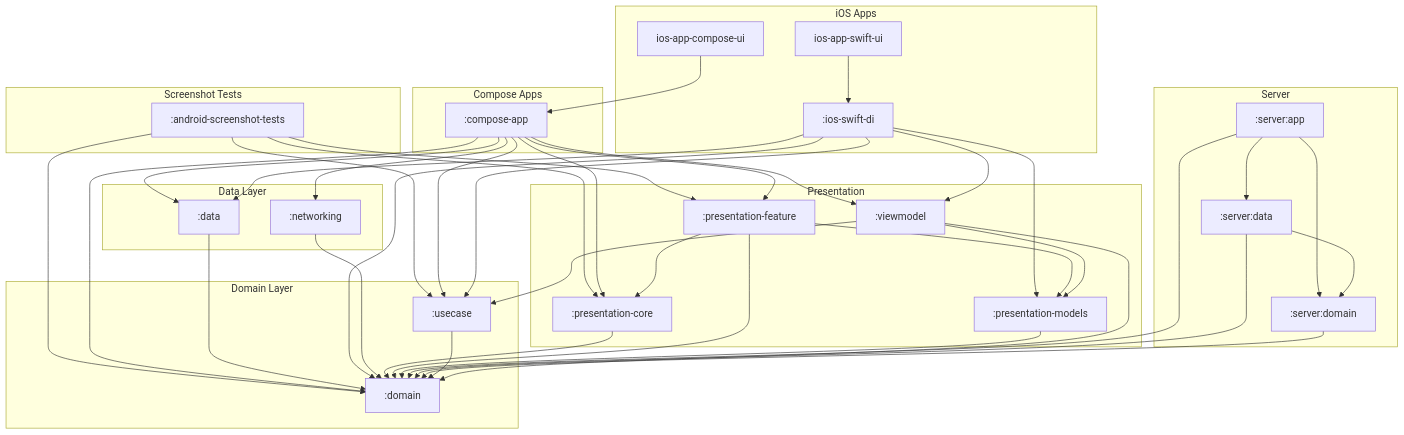
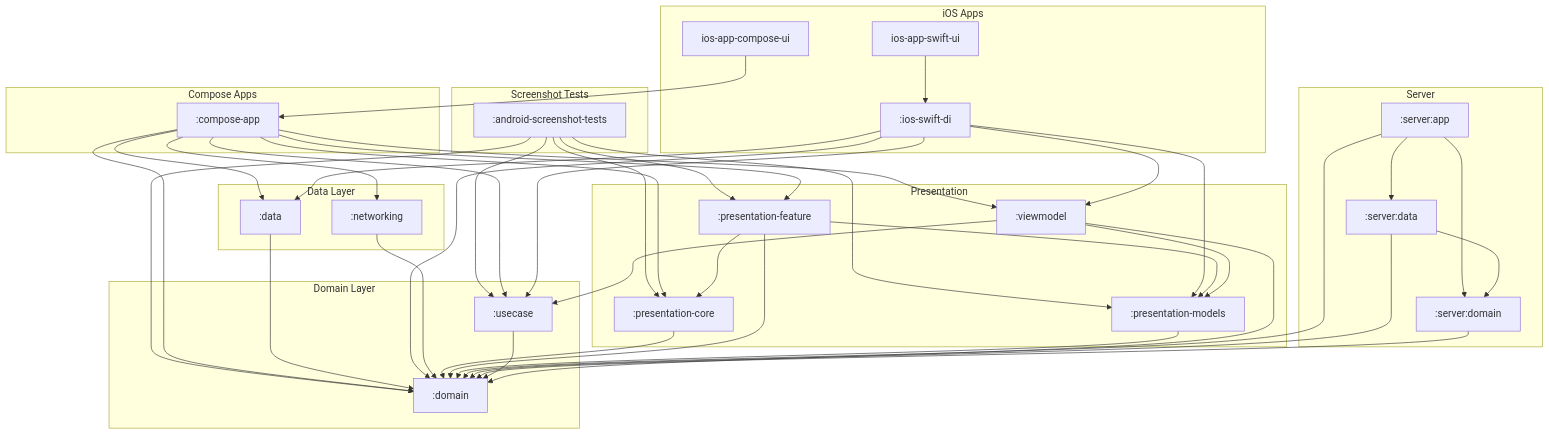
The diagram in docs/diagrams/full_system_structure.mmd (cartland/battery-butler), drawn with Mermaid before and after one commit. The commit also changed 5 other files, not shown here.

```diff
--- a/docs/diagrams/full_system_structure.mmd
+++ b/docs/diagrams/full_system_structure.mmd
@@ -1,88 +1,89 @@
 graph TD
     subgraph "iOS Apps"
         IosSwiftDi[":ios-swift-di"]
         IosAppComposeUi["ios-app-compose-ui"]
         IosAppSwiftUi["ios-app-swift-ui"]
     end
 
     subgraph "Compose Apps"
         ComposeApp[":compose-app"]
     end
 
     subgraph "Server"
         ServerApp[":server:app"]
         ServerData[":server:data"]
         ServerDomain[":server:domain"]
     end
 
     subgraph "Presentation"
         PresentationCore[":presentation-core"]
         PresentationFeature[":presentation-feature"]
         PresentationModels[":presentation-models"]
         Viewmodel[":viewmodel"]
     end
 
     subgraph "Domain Layer"
         Domain[":domain"]
         Usecase[":usecase"]
     end
 
     subgraph "Data Layer"
         Data[":data"]
         Networking[":networking"]
     end
 
     subgraph "Screenshot Tests"
         AndroidScreenshotTests[":android-screenshot-tests"]
     end
 
     %% Dependencies
     AndroidScreenshotTests --> Domain
     AndroidScreenshotTests --> PresentationCore
     AndroidScreenshotTests --> PresentationFeature
+    AndroidScreenshotTests --> PresentationModels
     AndroidScreenshotTests --> Usecase
 
     ComposeApp --> Data
     ComposeApp --> Domain
     ComposeApp --> Networking
     ComposeApp --> PresentationCore
     ComposeApp --> PresentationFeature
     ComposeApp --> Usecase
     ComposeApp --> Viewmodel
 
     Data --> Domain
 
     IosSwiftDi --> Data
     IosSwiftDi --> Domain
     IosSwiftDi --> PresentationModels
     IosSwiftDi --> Usecase
     IosSwiftDi --> Viewmodel
 
     Networking --> Domain
 
     PresentationCore --> Domain
 
     PresentationFeature --> Domain
     PresentationFeature --> PresentationCore
     PresentationFeature --> PresentationModels
 
     PresentationModels --> Domain
 
     ServerApp --> Domain
     ServerApp --> ServerData
     ServerApp --> ServerDomain
 
     ServerData --> Domain
     ServerData --> ServerDomain
 
     ServerDomain --> Domain
 
     Usecase --> Domain
 
     Viewmodel --> Domain
     Viewmodel --> PresentationModels
     Viewmodel --> Usecase
 
     IosAppComposeUi --> ComposeApp
 
     IosAppSwiftUi --> IosSwiftDi
```
